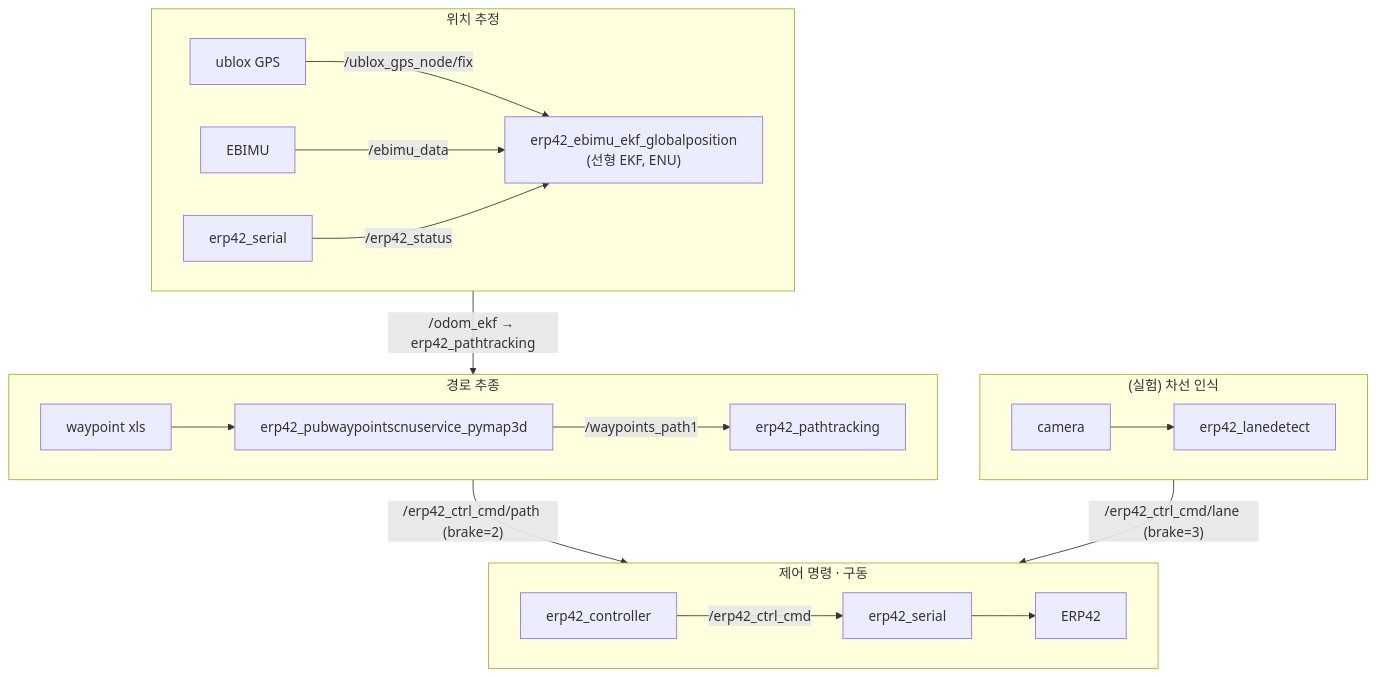
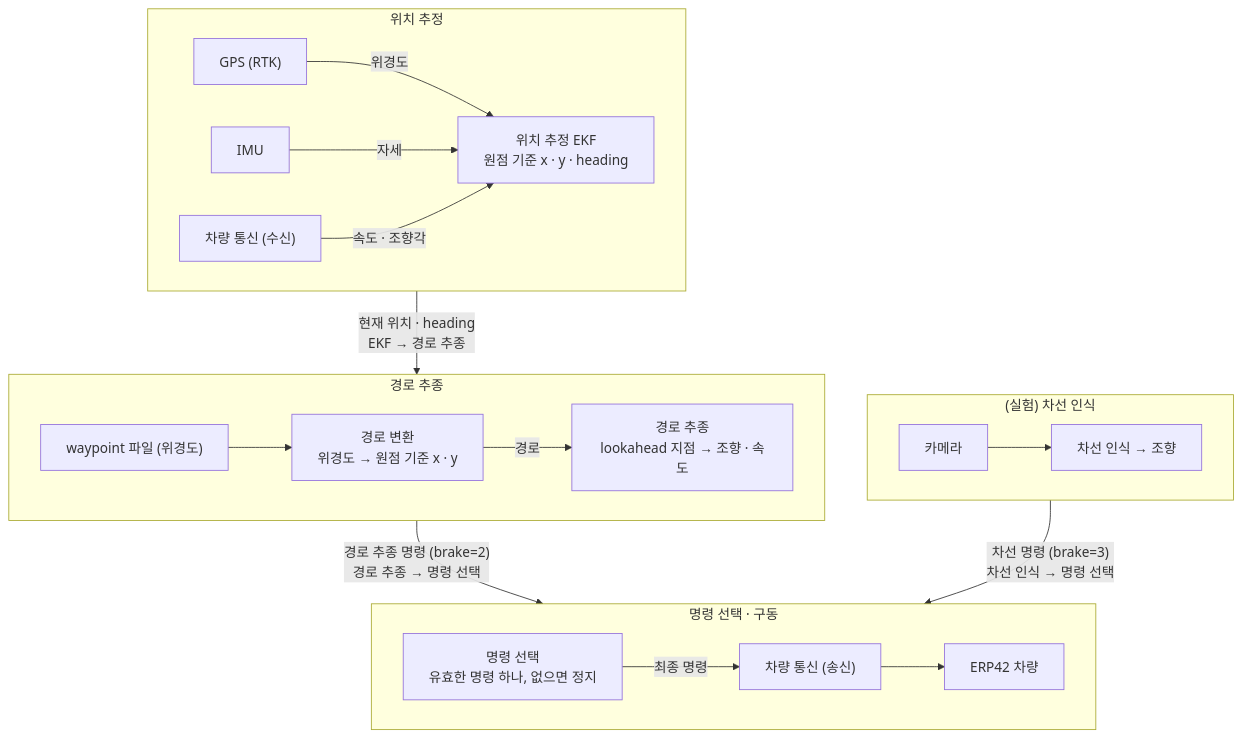
One commit to gwanhuiGIM/Erp42_ws changed the diagram in README.md. Above: the diagram before and after it, drawn with Mermaid. The commit also changed other lines of this file, not shown here.

Commit message:
README: 구성도를 기능 중심으로 다시 그림, 칸→코드·토픽 표 추가

````diff
--- a/README.md
+++ b/README.md
@@ -105,24 +107,24 @@
 ```mermaid
 flowchart TB
     subgraph LOC["위치 추정"]
         direction LR
-        GPS["ublox GPS"] -->|"/ublox_gps_node/fix"| EKF
-        IMU["EBIMU"] -->|"/ebimu_data"| EKF
-        SER_IN["erp42_serial"] -->|"/erp42_status"| EKF["erp42_ebimu_ekf_globalposition<br/>(선형 EKF, ENU)"]
+        GPS["GPS (RTK)"] -->|"위경도"| EKF
+        IMU["IMU"] -->|"자세"| EKF
+        SER_IN["차량 통신 (수신)"] -->|"속도 · 조향각"| EKF["위치 추정 EKF<br/>원점 기준 x · y · heading"]
     end
     subgraph TRACK["경로 추종"]
         direction LR
-        XLS["waypoint xls"] --> WP["erp42_pubwaypointscnuservice_pymap3d"] -->|"/waypoints_path1"| PT["erp42_pathtracking"]
+        XLS["waypoint 파일 (위경도)"] --> WP["경로 변환<br/>위경도 → 원점 기준 x · y"] -->|"경로"| PT["경로 추종<br/>lookahead 지점 → 조향 · 속도"]
     end
     subgraph LANE["(실험) 차선 인식"]
         direction LR
-        CAMERA["camera"] --> LD["erp42_lanedetect"]
+        CAMERA["카메라"] --> LD["차선 인식 → 조향"]
     end
-    subgraph ACT["제어 명령 · 구동"]
+    subgraph ACT["명령 선택 · 구동"]
         direction LR
-        CTRL["erp42_controller"] -->|"/erp42_ctrl_cmd"| SER_OUT["erp42_serial"] --> ERP["ERP42"]
+        CTRL["명령 선택<br/>유효한 명령 하나, 없으면 정지"] -->|"최종 명령"| SER_OUT["차량 통신 (송신)"] --> ERP["ERP42 차량"]
     end
-    LOC -->|"/odom_ekf → erp42_pathtracking"| TRACK
-    TRACK -->|"/erp42_ctrl_cmd/path (brake=2)"| ACT
-    LANE -->|"/erp42_ctrl_cmd/lane (brake=3)"| ACT
+    LOC -->|"현재 위치 · heading<br/>EKF → 경로 추종"| TRACK
+    TRACK -->|"경로 추종 명령 (brake=2)<br/>경로 추종 → 명령 선택"| ACT
+    LANE -->|"차선 명령 (brake=3)<br/>차선 인식 → 명령 선택"| ACT
 ```
````
